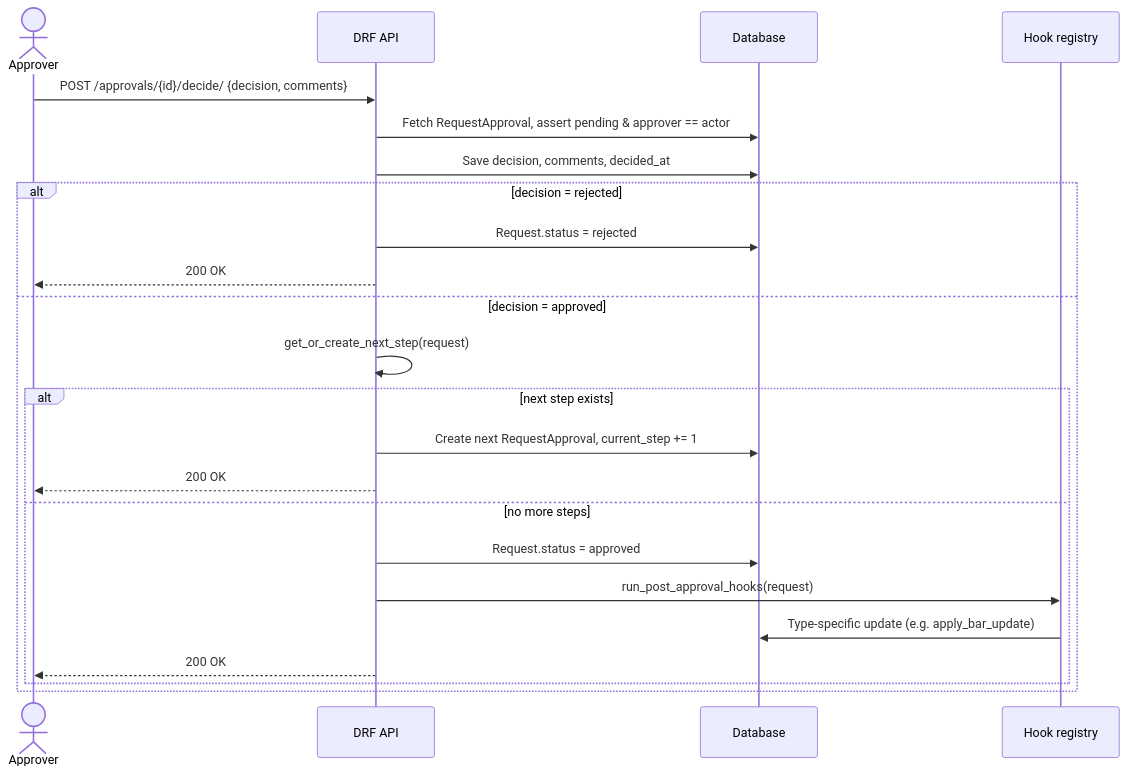
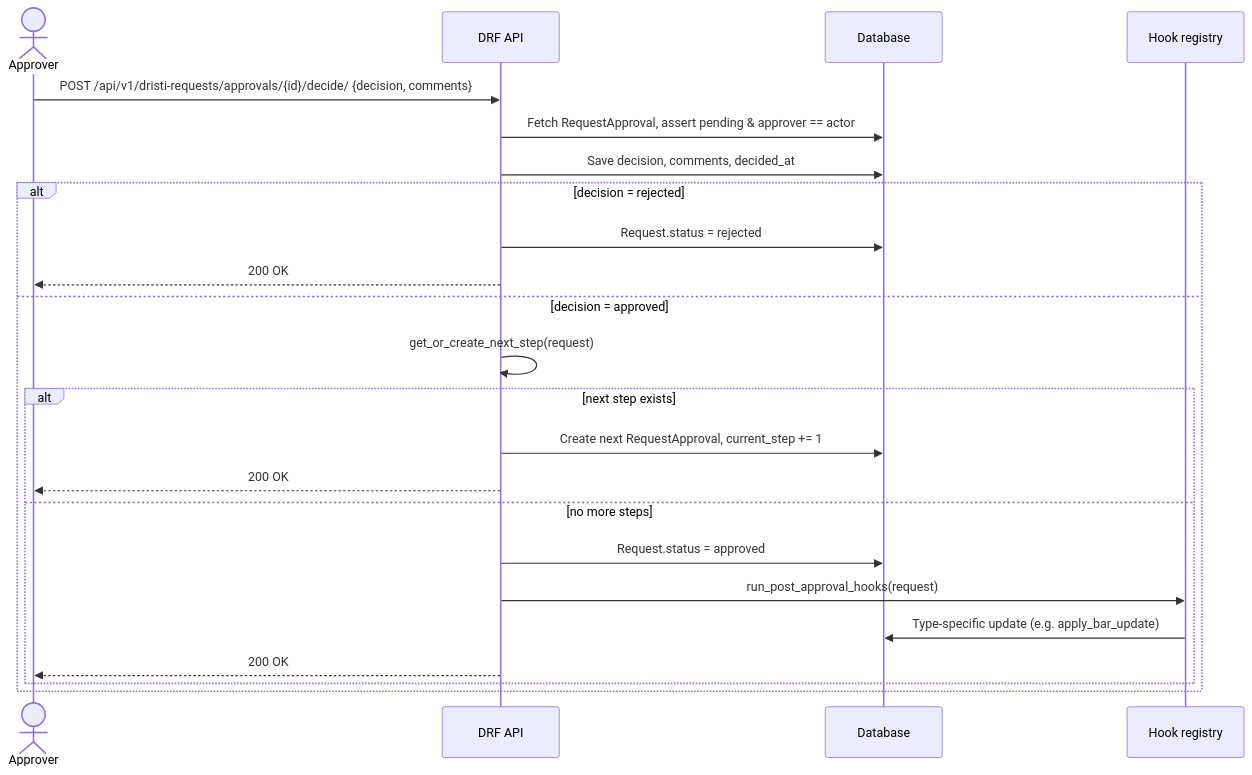
Before and after one commit to pucardotorg/dristi-be: the sixth of 8 diagrams in spec/0010-simple-requests-flow.md, drawn with Mermaid. The commit also changed other lines of this file and 2 other files, not shown here.

Commit message:
Rename APIs endpoint requests with dristi-requests

````diff
--- a/spec/0010-simple-requests-flow.md
+++ b/spec/0010-simple-requests-flow.md
@@ -340,27 +340,27 @@
 ```mermaid
 sequenceDiagram
     actor A as Approver
     participant API as DRF API
     participant DB as Database
     participant H as Hook registry
 
-    A->>API: POST /approvals/{id}/decide/ {decision, comments}
+    A->>API: POST /api/v1/dristi-requests/approvals/{id}/decide/ {decision, comments}
     API->>DB: Fetch RequestApproval, assert pending & approver == actor
     API->>DB: Save decision, comments, decided_at
 
     alt decision = rejected
         API->>DB: Request.status = rejected
         API-->>A: 200 OK
     else decision = approved
         API->>API: get_or_create_next_step(request)
         alt next step exists
             API->>DB: Create next RequestApproval, current_step += 1
             API-->>A: 200 OK
         else no more steps
             API->>DB: Request.status = approved
             API->>H: run_post_approval_hooks(request)
             H->>DB: Type-specific update (e.g. apply_bar_update)
             API-->>A: 200 OK
         end
     end
 ```
````
